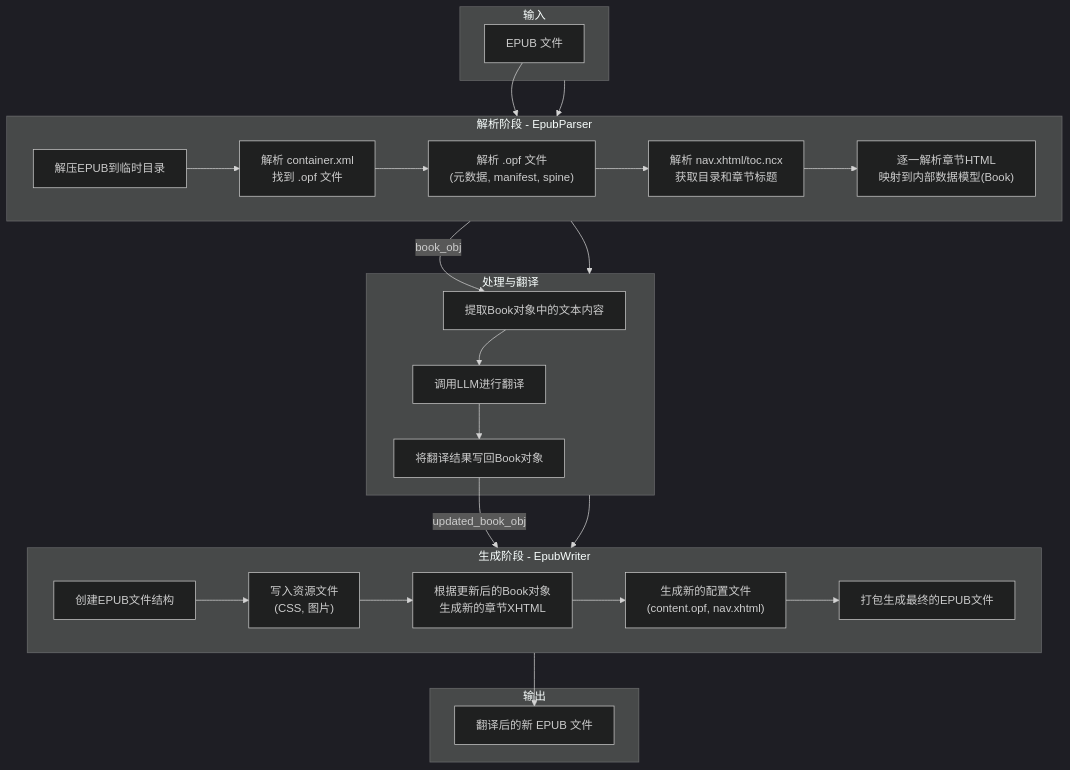
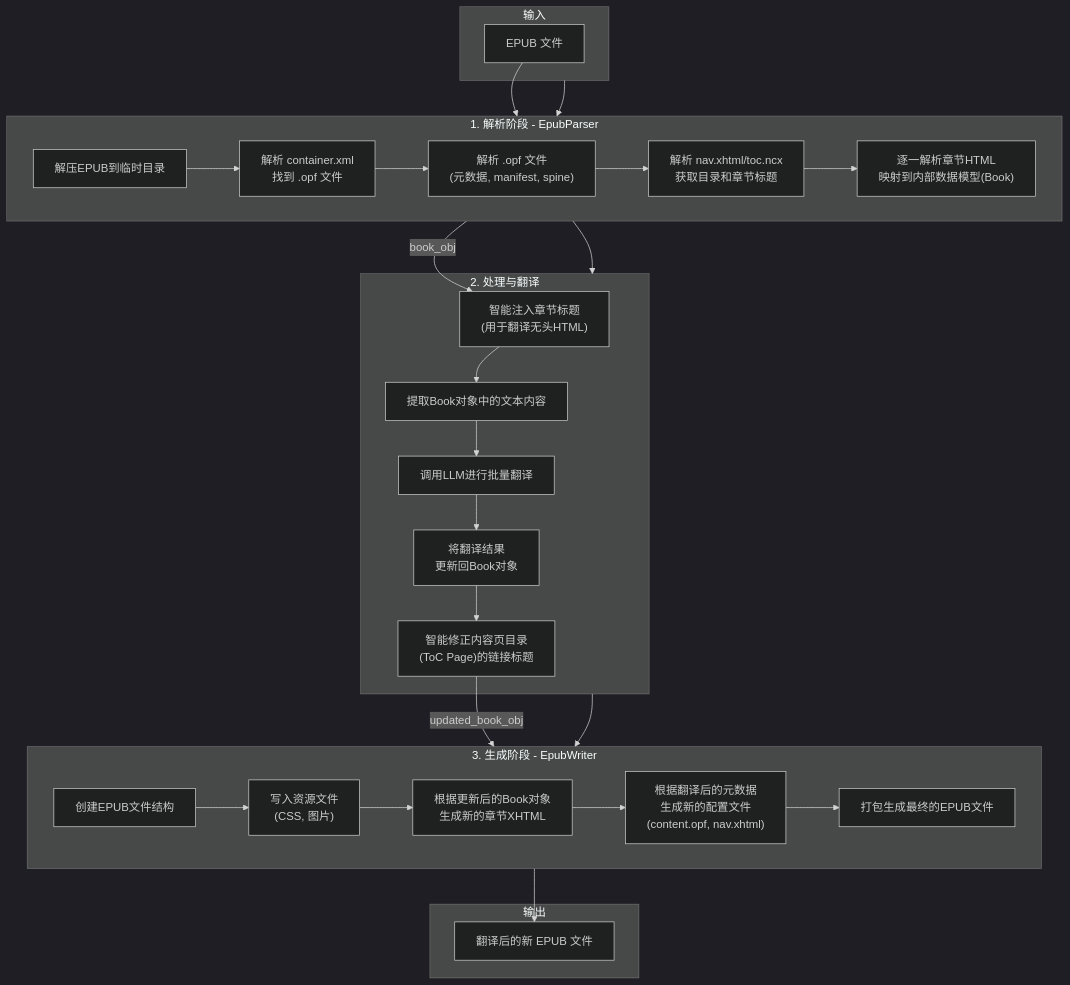
One commit to kuniyao/MultiMediaGenAI changed the second of 2 diagrams in README.md. Above: the diagram before and after it, drawn with Mermaid (dark theme). The commit also changed other lines of this file, not shown here.

````diff
--- a/README.md
+++ b/README.md
@@ -70,42 +74,43 @@
 ```mermaid
 graph TD;
     subgraph Input [输入]
         A[EPUB 文件]
     end
 
-    subgraph Parsing [解析阶段 - EpubParser]
+    subgraph Parsing [1. 解析阶段 - EpubParser]
         direction LR
         B1["解压EPUB到临时目录"]
         B2["解析 container.xml<br>找到 .opf 文件"]
         B3["解析 .opf 文件<br>(元数据, manifest, spine)"]
         B4["解析 nav.xhtml/toc.ncx<br>获取目录和章节标题"]
         B5["逐一解析章节HTML<br>映射到内部数据模型(Book)"]
     end
 
-    subgraph Processing [处理与翻译]
+    subgraph Processing [2. 处理与翻译]
+        C0["智能注入章节标题<br>(用于翻译无头HTML)"]
         C1["提取Book对象中的文本内容"]
-        C2["调用LLM进行翻译"]
-        C3["将翻译结果写回Book对象"]
+        C2["调用LLM进行批量翻译"]
+        C3["将翻译结果<br>更新回Book对象"]
+        C4["智能修正内容页目录<br>(ToC Page)的链接标题"]
     end
 
-    subgraph Writing [生成阶段 - EpubWriter]
+    subgraph Writing [3. 生成阶段 - EpubWriter]
         direction LR
         D1["创建EPUB文件结构"]
         D2["写入资源文件<br>(CSS, 图片)"]
         D3["根据更新后的Book对象<br>生成新的章节XHTML"]
-        D4["生成新的配置文件<br>(content.opf, nav.xhtml)"]
+        D4["根据翻译后的元数据<br>生成新的配置文件<br>(content.opf, nav.xhtml)"]
         D5["打包生成最终的EPUB文件"]
     end
 
     Input --> Parsing;
     A --> B1 --> B2 --> B3 --> B4 --> B5;
     Parsing --> Processing;
-    B5 -- book_obj --> C1;
-    C1 --> C2 --> C3;
+    B5 -- book_obj --> C0 --> C1 --> C2 --> C3 --> C4;
     Processing --> Writing;
-    C3 -- updated_book_obj --> D1 --> D2 --> D3 --> D4 --> D5;
+    C4 -- updated_book_obj --> D1 --> D2 --> D3 --> D4 --> D5;
     subgraph Output [输出]
         E[翻译后的新 EPUB 文件]
     end
     D5 --> E;
 ```
````
